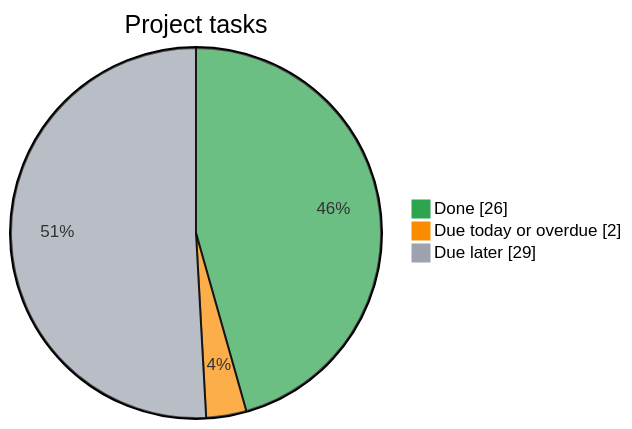
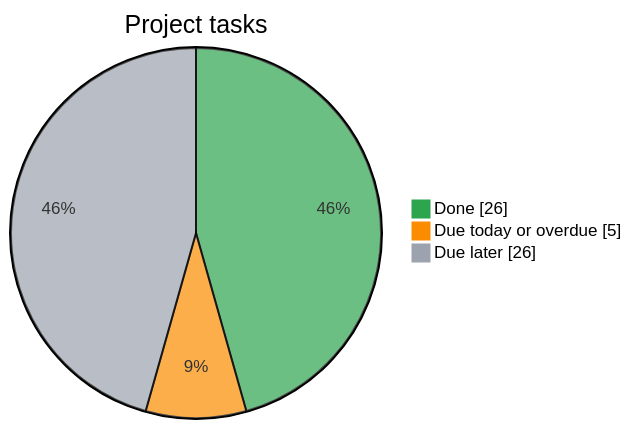
One commit to Kr1sKros/IKT466-Corporate-Bankruptcy-Predictor changed the diagram in README.md. Above: the diagram before and after it, drawn with Mermaid.

Commit message:
docs: refresh task dashboard

````diff
--- a/README.md
+++ b/README.md
@@ -8,8 +8,8 @@
 ```mermaid
 %%{init: {"themeVariables": {"pie1": "#2da44e", "pie2": "#fb8c00", "pie3": "#9ca3af"}}}%%
 pie showData
     title Project tasks
     "Done" : 26
-    "Due today or overdue" : 2
-    "Due later" : 29
+    "Due today or overdue" : 5
+    "Due later" : 26
 ```
````
